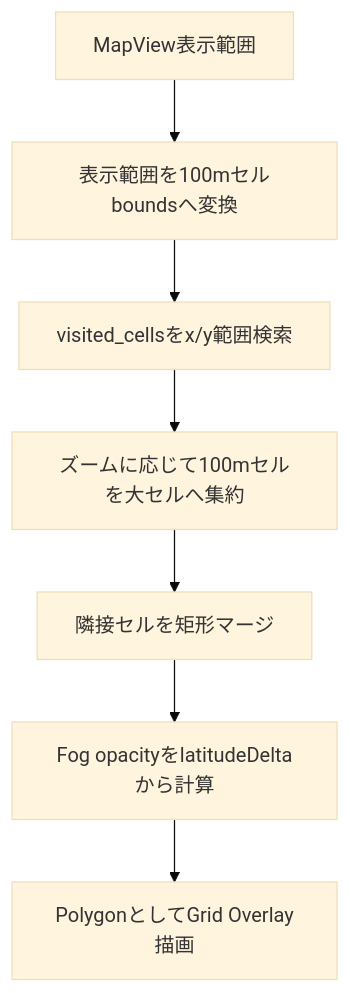
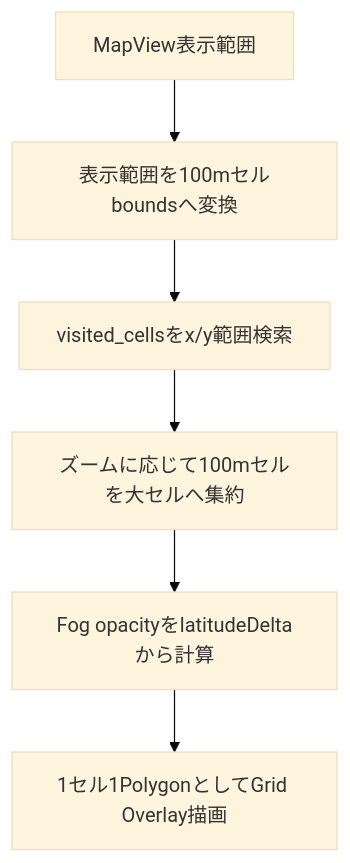
The third of 3 diagrams in docs/architecture.md (kazuki19992/strollia), drawn with Mermaid (base theme) before and after one commit. The commit also changed 8 other files, not shown here.

````diff
--- a/docs/architecture.md
+++ b/docs/architecture.md
@@ -126,9 +126,8 @@
 ```mermaid
 flowchart TD
   A[MapView表示範囲] --> B[表示範囲を100mセルboundsへ変換]
   B --> C[visited_cellsをx/y範囲検索]
   C --> D[ズームに応じて100mセルを大セルへ集約]
-  D --> E[隣接セルを矩形マージ]
-  E --> F[Fog opacityをlatitudeDeltaから計算]
-  F --> G[PolygonとしてGrid Overlay描画]
+  D --> E[Fog opacityをlatitudeDeltaから計算]
+  E --> F[1セル1PolygonとしてGrid Overlay描画]
 ```
````
